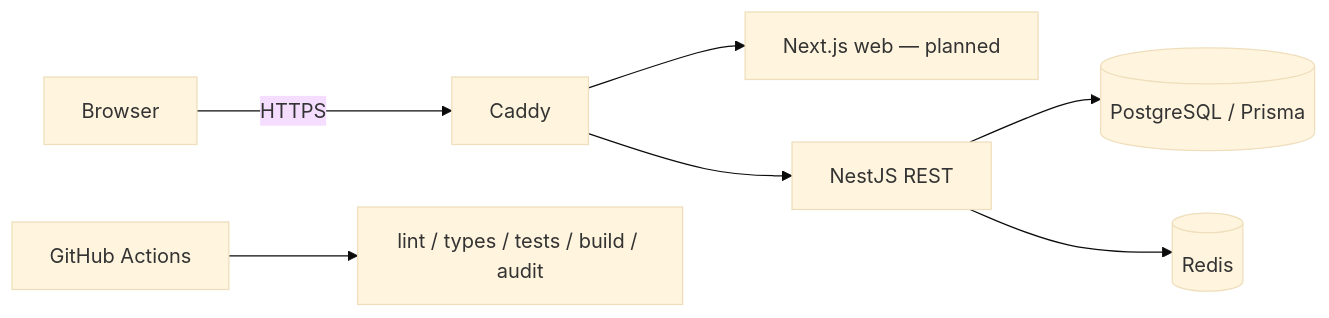
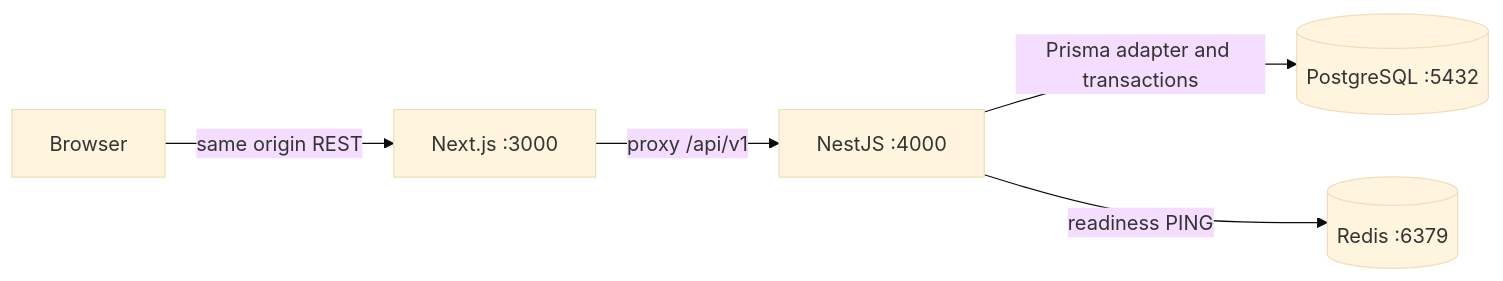
Before and after one commit to nvtank/ticketflowv2: the diagram in docs/architecture.md, drawn with Mermaid (base theme). The commit also changed other lines of this file and 14 other files, not shown here.

First line of the commit message:
chore(workspace): import monorepo contracts and architecture

````diff
--- a/docs/architecture.md
+++ b/docs/architecture.md
@@ -5,9 +7,7 @@
 ```mermaid
 flowchart LR
-  Browser -->|HTTPS| Caddy
-  Caddy --> Web[Next.js web — planned]
-  Caddy --> API[NestJS REST]
-  API --> DB[(PostgreSQL / Prisma)]
-  API --> Cache[(Redis)]
-  CI[GitHub Actions] --> Checks[lint / types / tests / build / audit]
+  Browser -->|same origin REST| Next[Next.js :3000]
+  Next -->|proxy /api/v1| Nest[NestJS :4000]
+  Nest -->|Prisma adapter and transactions| PG[(PostgreSQL :5432)]
+  Nest -->|readiness PING| Redis[(Redis :6379)]
 ```
````
